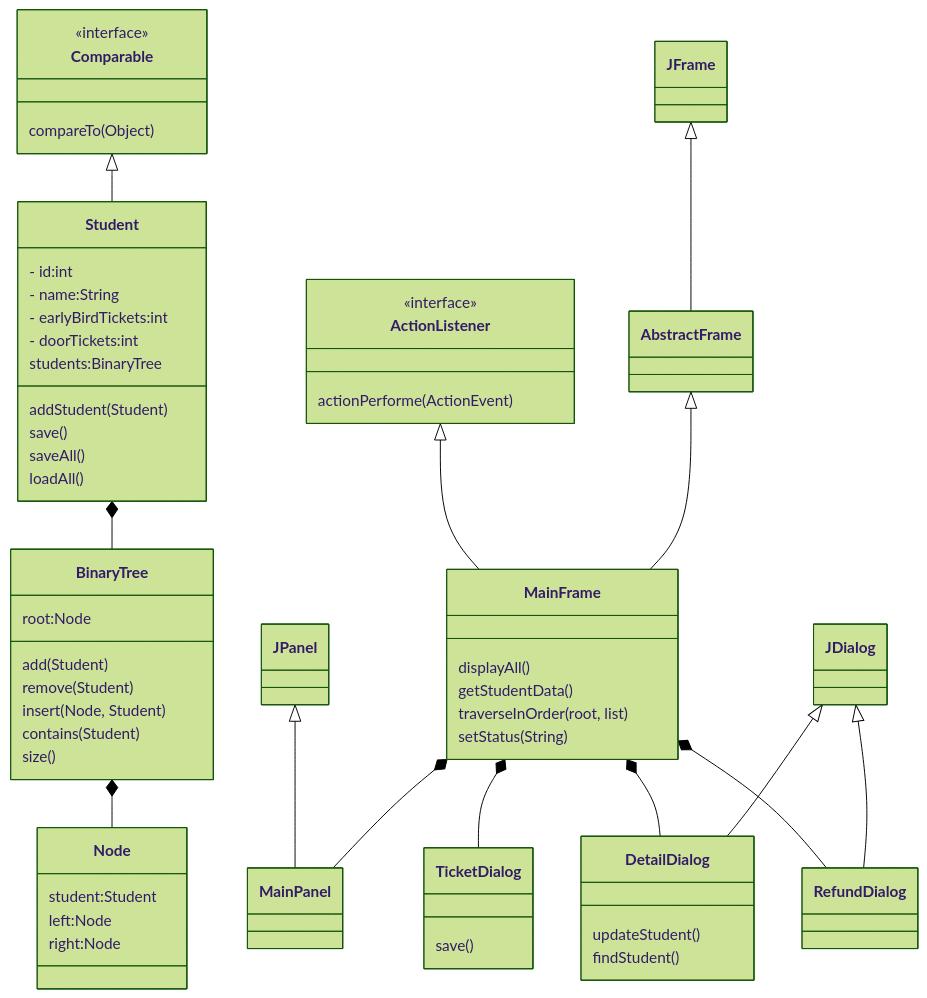
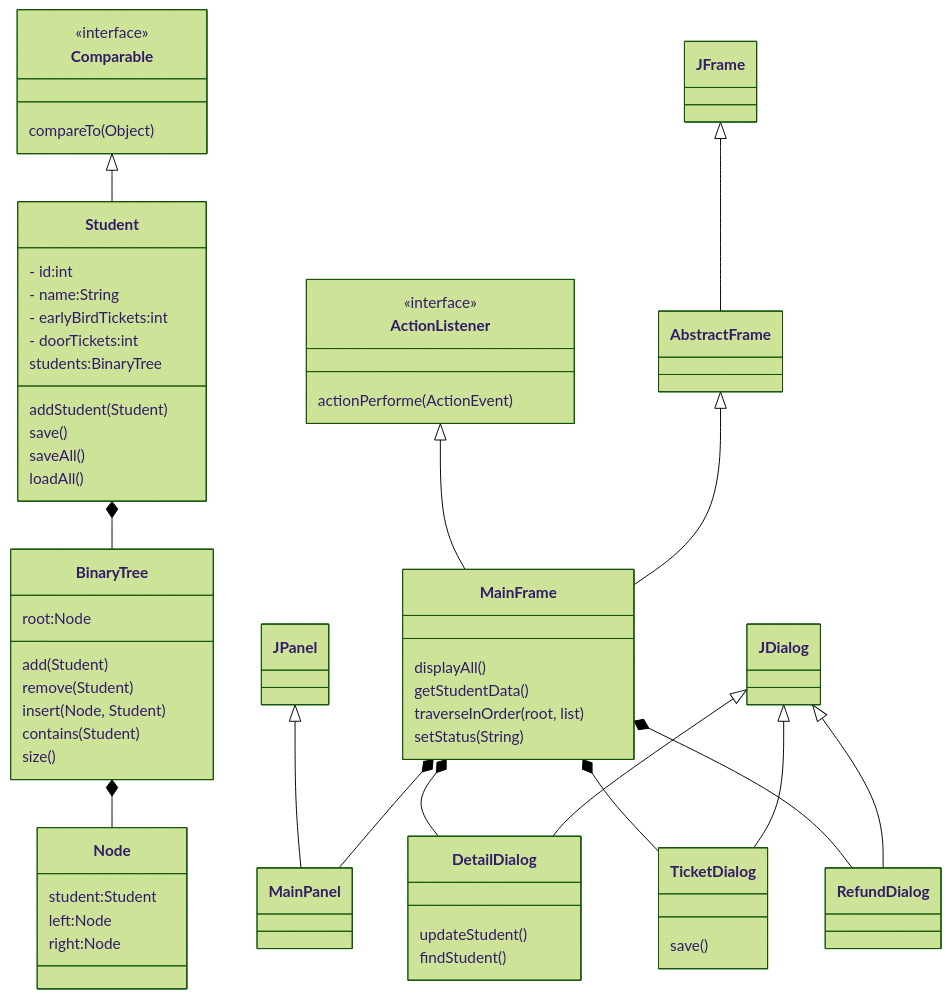
Before and after one commit to RodneyDong/java: the first of 6 diagrams in doc/danceticket.md, drawn with Mermaid (forest theme). The commit also changed other lines of this file and 33 other files, not shown here.

````diff
--- a/doc/danceticket.md
+++ b/doc/danceticket.md
@@ -42,66 +51,67 @@
 ```mermaid
 classDiagram
 class Comparable{
     <<interface>>
     compareTo(Object)
 }
 class Student{
     - id:int
     - name:String
     - earlyBirdTickets:int
     - doorTickets:int
     students:BinaryTree
     addStudent(Student)
     save()
     saveAll()
     loadAll()
 }
 
 class BinaryTree{
     root:Node
     add(Student)
     remove(Student)
     insert(Node, Student)
     contains(Student)
     size()
 }
 
 class Node{
     student:Student
     left:Node
     right:Node
 }
 Comparable<|--Student
 BinaryTree *-- Node
 Student *-- BinaryTree
 
 class ActionListener{
     <<interface>>
     actionPerforme(ActionEvent)
 }
 class MainFrame{
     displayAll()
     getStudentData()
     traverseInOrder(root, list)
     setStatus(String)
 }
 
 class TicketDialog{
     save()
 }
 
 class DetailDialog{
     updateStudent()
     findStudent()
 }
 JFrame<|--AbstractFrame
 AbstractFrame <|-- MainFrame
 ActionListener<|--MainFrame
 MainFrame *--MainPanel
 JPanel<|--MainPanel
 JDialog<|--DetailDialog
+JDialog<|--TicketDialog
 MainFrame *-- DetailDialog
 JDialog<|-- RefundDialog
 MainFrame *-- RefundDialog
 MainFrame *-- TicketDialog
 ```
````
